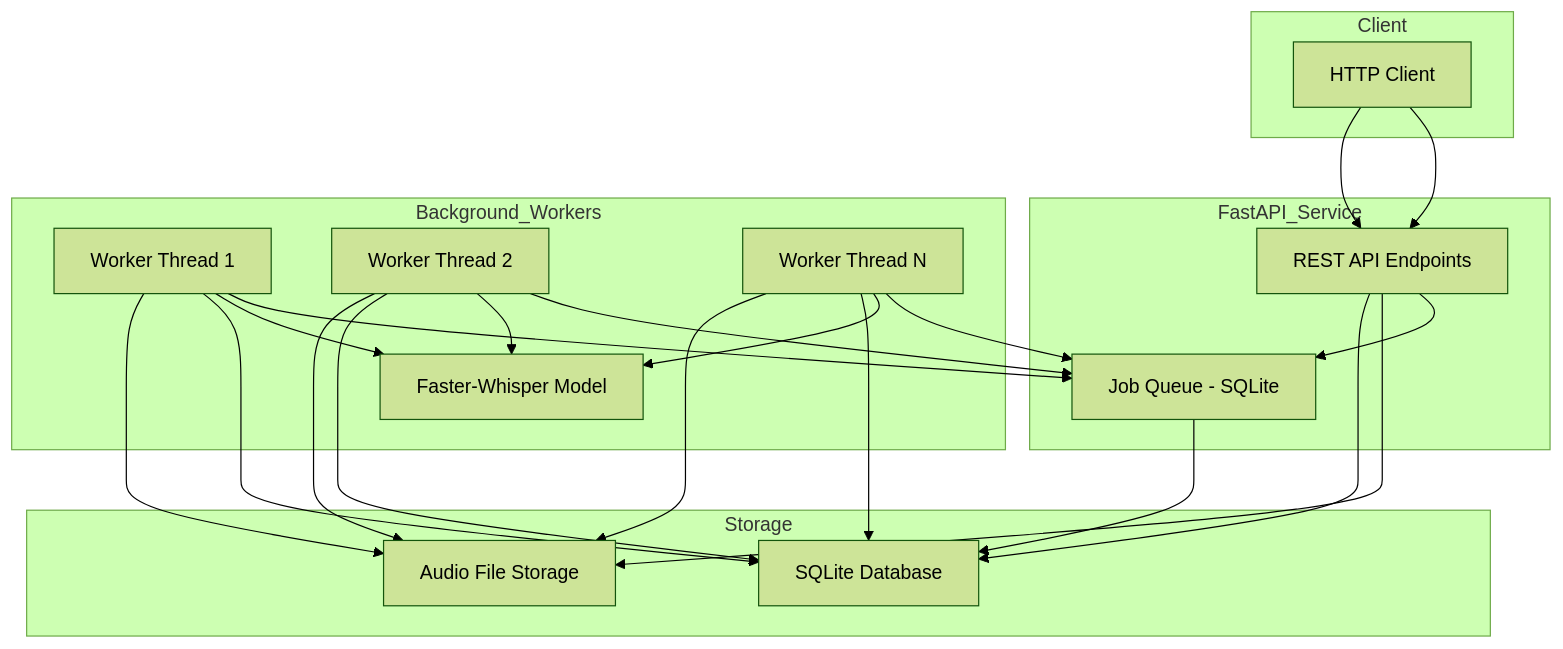
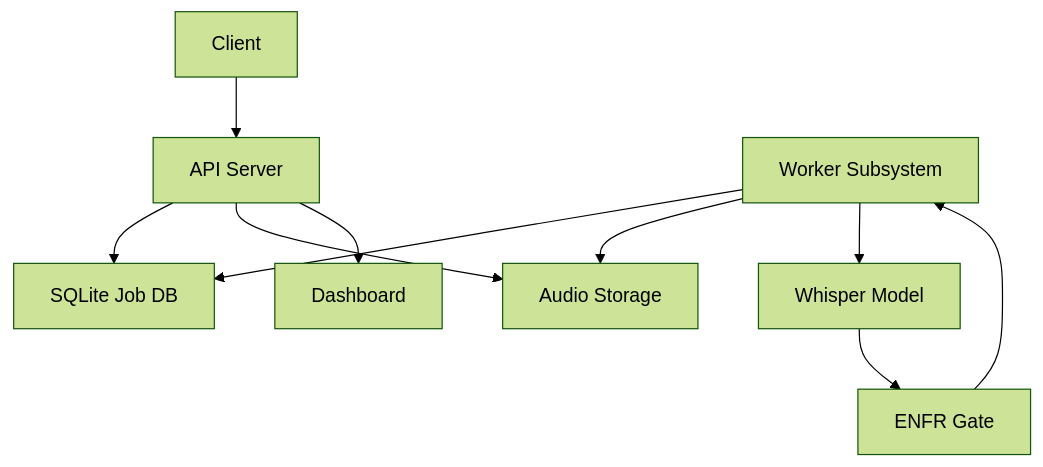
The first of 3 diagrams in Readme.md (cisco7507/LangId-mr), drawn with Mermaid (forest theme) before and after one commit. The commit also changed other lines of this file, not shown here.

````diff
--- a/Readme.md
+++ b/Readme.md
@@ -27,46 +43,12 @@
 ```mermaid
-graph TD
-    subgraph Client
-        A[HTTP Client]
-    end
-
-    subgraph FastAPI_Service
-        B[REST API Endpoints]
-        C[Job Queue - SQLite]
-    end
-
-    subgraph Background_Workers
-        D1[Worker Thread 1]
-        D2[Worker Thread 2]
-        D3[Worker Thread N]
-        E[Faster-Whisper Model]
-    end
-
-    subgraph Storage
-        F[SQLite Database]
-        G[Audio File Storage]
-    end
-
-    A --> B
-    B --> C
-    C --> F
-    B --> G
-
-    D1 --> C
-    D2 --> C
-    D3 --> C
-
-    D1 --> E
-    D2 --> E
-    D3 --> E
-
-    D1 --> F
-    D1 --> G
-    D2 --> F
-    D2 --> G
-    D3 --> F
-    D3 --> G
-
-    A --> B
-    B --> F
+flowchart TD
+  Client[Client] --> API[API Server]
+  API --> DB[SQLite Job DB]
+  API --> Storage[Audio Storage]
+  WorkerPool[Worker Subsystem] --> DB
+  WorkerPool --> Storage
+  WorkerPool --> Model[Whisper Model]
+  Model --> Gate[ENFR Gate]
+  Gate --> WorkerPool
+  API --> Dashboard[Dashboard]
 ```
````
